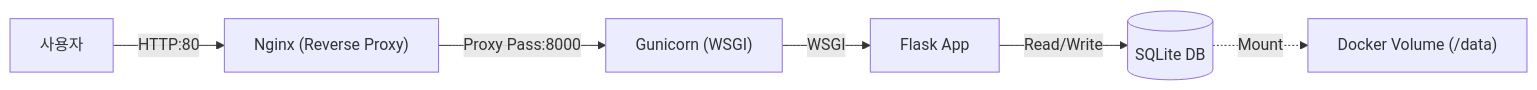
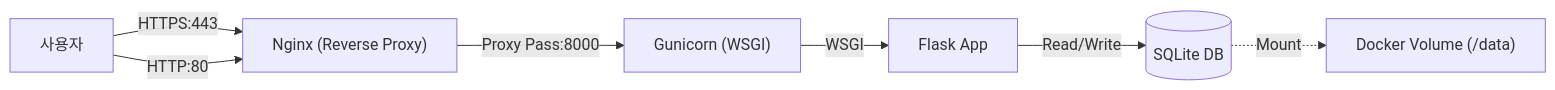
One commit to redlady-GH/lecture_notice_board changed the diagram in docs/prd.md. Above: the diagram before and after it, drawn with Mermaid. The commit also changed other lines of this file and 7 other files, not shown here.

````diff
--- a/docs/prd.md
+++ b/docs/prd.md
@@ -13,8 +13,9 @@
 ```mermaid
 graph LR
-    User["사용자"] -->|"HTTP:80"| Nginx["Nginx (Reverse Proxy)"]
+    User["사용자"] -->|"HTTPS:443"| Nginx["Nginx (Reverse Proxy)"]
+    User -->|"HTTP:80"| Nginx
     Nginx -->|"Proxy Pass:8000"| Gunicorn["Gunicorn (WSGI)"]
     Gunicorn -->|"WSGI"| Flask["Flask App"]
     Flask -->|"Read/Write"| SQLite[("SQLite DB")]
     SQLite -.->|"Mount"| Volume["Docker Volume (/data)"]
 ```
````
